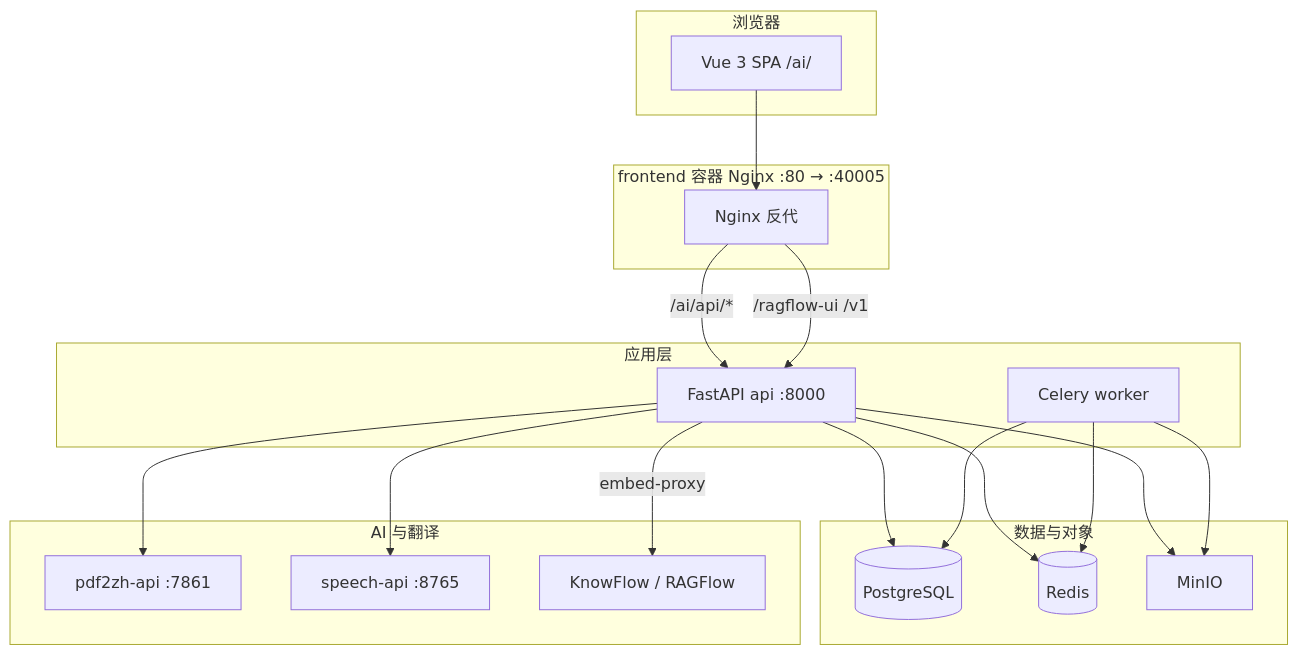
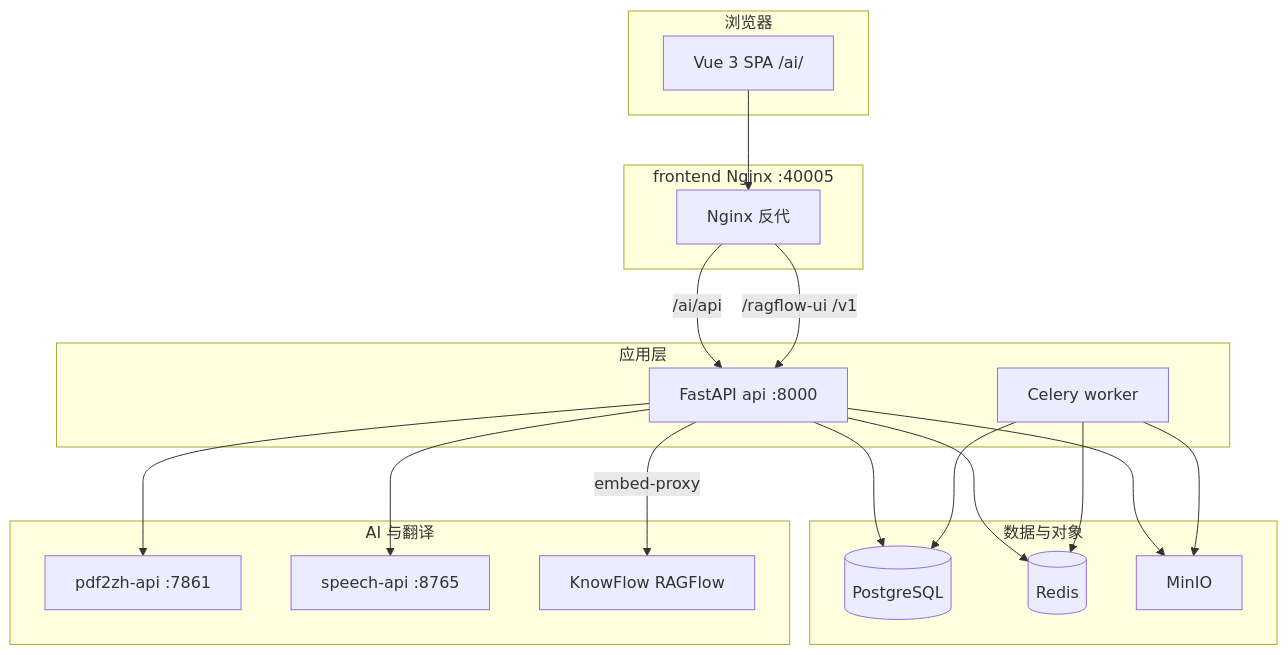
Before and after one commit to zhibinQiu/benxi: the diagram in docs/zh/operations/architecture.md, drawn with Mermaid. The commit also changed other lines of this file and 338 other files, not shown here.

````diff
--- a/docs/zh/operations/architecture.md
+++ b/docs/zh/operations/architecture.md
@@ -11,35 +11,35 @@
 ```mermaid
 flowchart TB
-  subgraph client [浏览器]
-    SPA[Vue 3 SPA /ai/]
+  subgraph client["浏览器"]
+    SPA["Vue 3 SPA /ai/"]
   end
-  subgraph edge [frontend 容器 Nginx :80 → :40005]
-    NGX[Nginx 反代]
+  subgraph edge["frontend Nginx :40005"]
+    NGX["Nginx 反代"]
   end
-  subgraph app [应用层]
-    API[FastAPI api :8000]
-    WRK[Celery worker]
+  subgraph app["应用层"]
+    API["FastAPI api :8000"]
+    WRK["Celery worker"]
   end
-  subgraph data [数据与对象]
-    PG[(PostgreSQL)]
-    RD[(Redis)]
-    MN[MinIO]
+  subgraph data["数据与对象"]
+    PG[("PostgreSQL")]
+    RD[("Redis")]
+    MN["MinIO"]
   end
-  subgraph ai [AI 与翻译]
-    P2Z[pdf2zh-api :7861]
-    SP[speech-api :8765]
-    KF[KnowFlow / RAGFlow]
+  subgraph ai["AI 与翻译"]
+    P2Z["pdf2zh-api :7861"]
+    SP["speech-api :8765"]
+    KF["KnowFlow RAGFlow"]
   end
   SPA --> NGX
-  NGX -->|/ai/api/*| API
+  NGX -->|/ai/api| API
   NGX -->|/ragflow-ui /v1| API
   API --> PG
   API --> RD
   API --> MN
   API --> P2Z
   API --> SP
   API -->|embed-proxy| KF
   WRK --> PG
   WRK --> RD
   WRK --> MN
 ```
````
